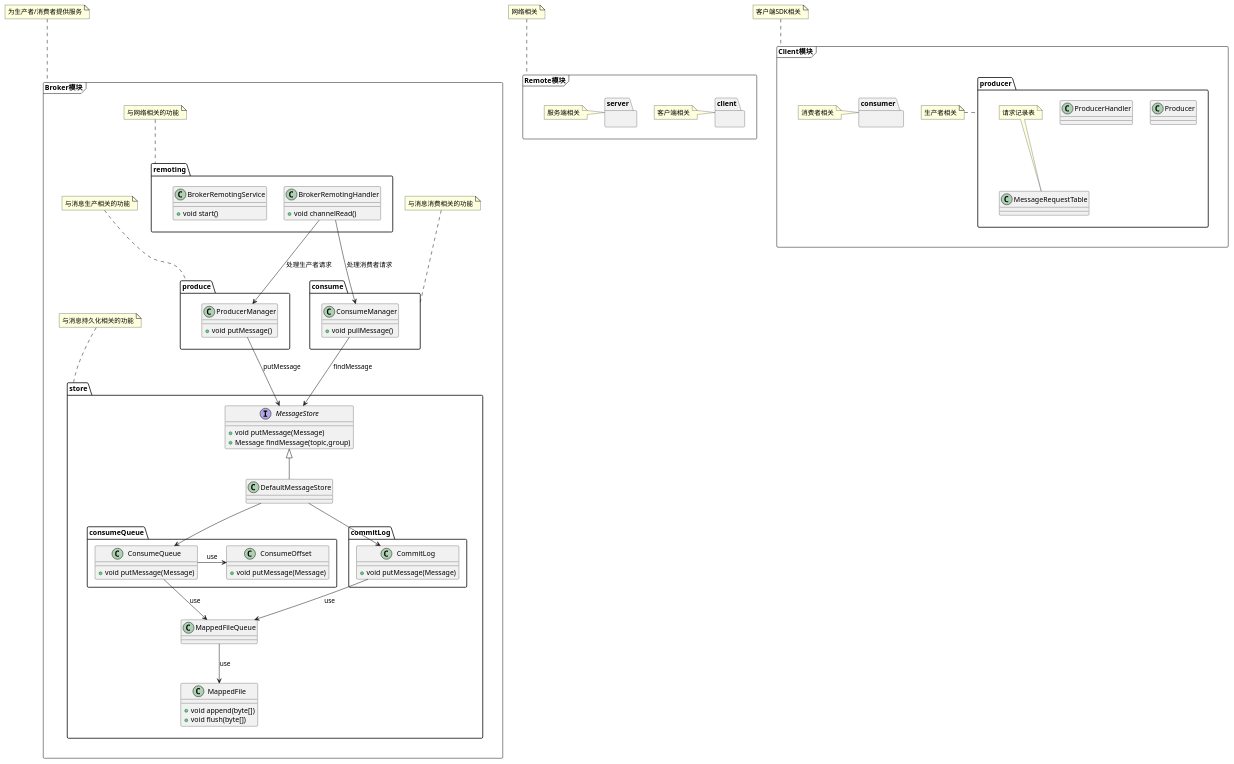
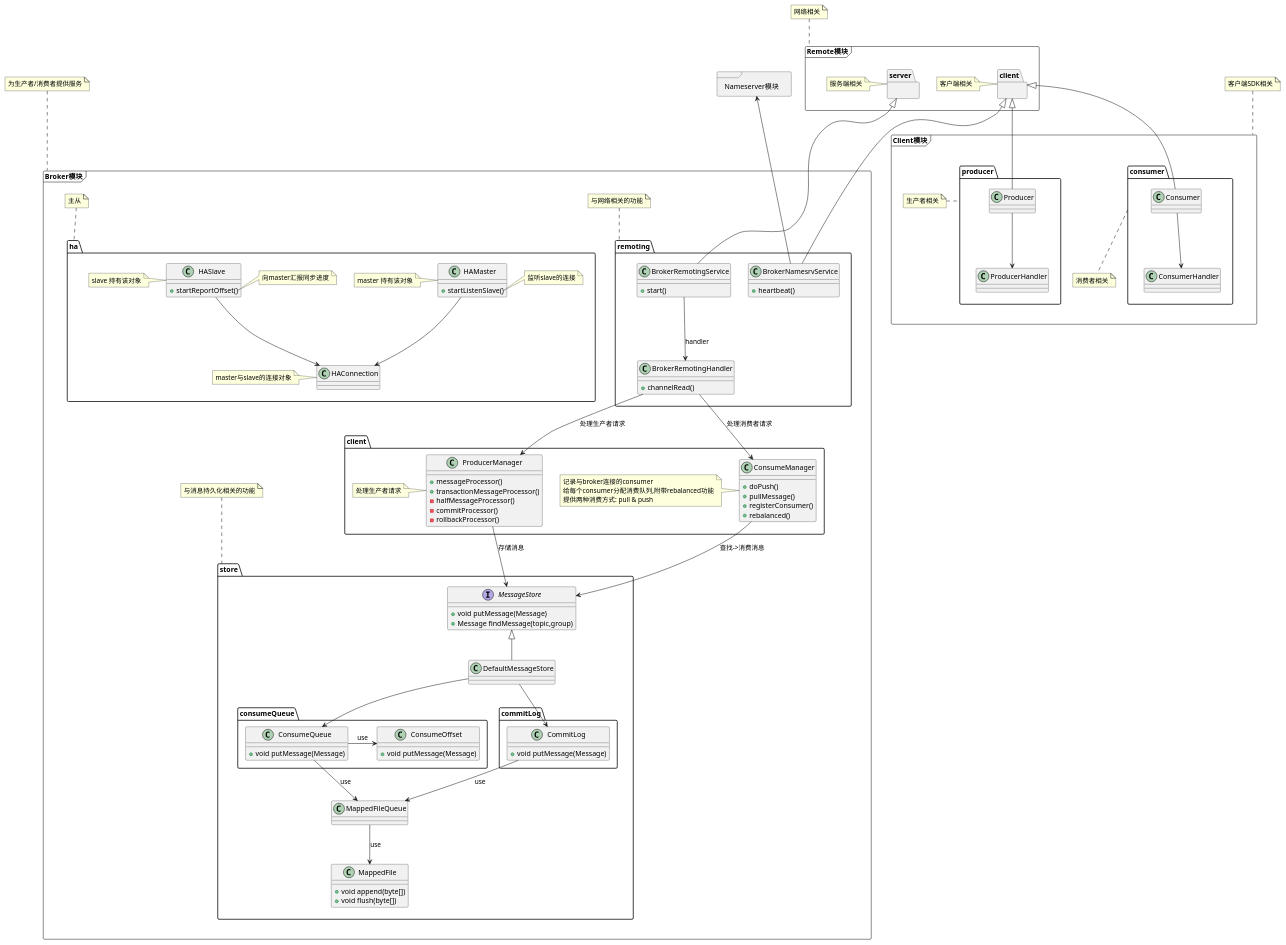
The diagram in docs/所有模块类图.puml (zexho994/Jinx), drawn with PlantUML before and after one commit. The commit also changed 1 other file, not shown here.

```diff
--- a/docs/所有模块类图.puml
+++ b/docs/所有模块类图.puml
@@ -1,94 +1,143 @@
 @startuml
+
 
 package Broker模块 <<Frame>> {
 
-    package consume{
+    package client as broker-client {
         class ConsumeManager{
-            + void pullMessage()
+            + doPush()
+            + pullMessage()
+            + registerConsumer()
+            + rebalanced()
         }
+        note left of ConsumeManager {
+            记录与broker连接的consumer
+            给每个consumer分配消费队列,附带rebalanced功能
+            提供两种消费方式: pull & push
+        }
+        class ProducerManager {
+            + messageProcessor()
+            + transactionMessageProcessor()
+            - halfMessageProcessor()
+            - commitProcessor()
+            - rollbackProcessor()
+        }
+        note left of ProducerManager:处理生产者请求
     }
-    note top of consume : 与消息消费相关的功能
 
-    package produce{
-        class ProducerManager {
-            + void putMessage()
+    package ha {
+        class HAMaster{
+            + startListenSlave()
         }
+        note left of HAMaster : master 持有该对象
+        note right of HAMaster::startListenSlave
+            监听slave的连接
+        end note
+        class HASlave{
+            + startReportOffset()
+        }
+        note left of HASlave : slave 持有该对象
+        note right of HASlave::startReportOffset
+            向master汇报同步进度
+        end note
+        class HAConnection
+        note left of HAConnection : master与slave的连接对象
+
+        HAMaster --> HAConnection
+        HASlave --> HAConnection
     }
-    note top of produce : 与消息生产相关的功能
+    note top of ha : 主从
 
     package remoting{
         class BrokerRemotingHandler{
-            + void channelRead()
+            + channelRead()
         }
         class BrokerRemotingService{
-            + void start()
+            + start()
         }
+        class BrokerNamesrvService{
+            + heartbeat()
+        }
+        BrokerRemotingService --> BrokerRemotingHandler : handler
     }
     note top of remoting : 与网络相关的功能
 
     BrokerRemotingHandler --> ProducerManager : 处理生产者请求
     BrokerRemotingHandler --> ConsumeManager : 处理消费者请求
 
     package store{
         interface MessageStore{
             + void putMessage(Message)
             + Message findMessage(topic,group)
         }
         class DefaultMessageStore{}
         class MappedFileQueue{}
         package commitLog{
             class CommitLog {
                 + void putMessage(Message)
             }
         }
         package consumeQueue{
             class ConsumeOffset{
                 + void putMessage(Message)
             }
             class ConsumeQueue{
                 + void putMessage(Message)
             }
         }
         class MappedFile{
             + void append(byte[])
             + void flush(byte[])
         }
 
        MessageStore <|-- DefaultMessageStore
        MappedFileQueue --> MappedFile : use
        ConsumeQueue --> MappedFileQueue : use
        ConsumeQueue -> ConsumeOffset : use
        CommitLog --> MappedFileQueue : use
        DefaultMessageStore --> ConsumeQueue
        DefaultMessageStore --> CommitLog
     }
     note top of store : 与消息持久化相关的功能
-    ProducerManager --> MessageStore : putMessage
-    ConsumeManager --> MessageStore : findMessage
+    ProducerManager --> MessageStore : 存储消息
+    ConsumeManager --> MessageStore : 查找->消费消息
 }
 note top of Broker模块 : 为生产者/消费者提供服务
 
 package Remote模块 <<Frame>> {
     package client{}
     note left of client : 客户端相关
     package server{}
     note left of server : 服务端相关
+
+    client <|--- BrokerNamesrvService
+    server <|--- BrokerRemotingService
 }
 note top of Remote模块 : 网络相关
 
 package Client模块 <<Frame>> {
     package producer{
         class Producer{}
-        class ProducerHandler{
-        }
-        class MessageRequestTable{
-        }
-        note top of MessageRequestTable : 请求记录表
+        class ProducerHandler{}
     }
     note left of producer : 生产者相关
-    package consumer{}
-    note left of consumer : 消费者相关
+
+    package consumer{
+        class Consumer{}
+        class ConsumerHandler{}
+    }
+    note bottom of consumer : 消费者相关
+
+    client <|-- Producer
+    Producer --> ProducerHandler
+    client <|-- Consumer
+    Consumer --> ConsumerHandler
 }
 note top of Client模块 : 客户端SDK相关
 
+package Nameserver模块 <<Frame>>{
+
+}
+Nameserver模块 <--- BrokerNamesrvService
+
 @enduml
```
